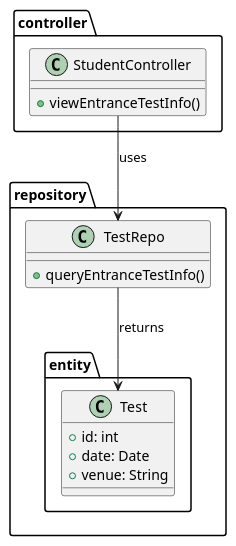
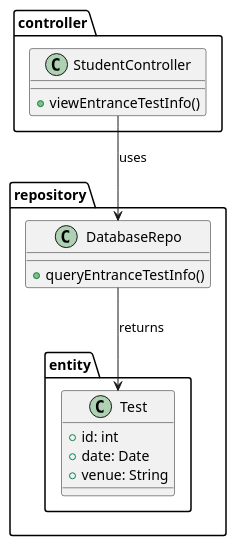
The diagram in SWD392/class_diagrams/21_view_entrance_test.puml (iamSlightlyWind/Legacy), drawn with PlantUML before and after one commit. The commit also changed 34 other files, not shown here.

Commit message:
SWD392: Class Diagrams: Fixed Code Package missmatch

```diff
--- a/SWD392/class_diagrams/21_view_entrance_test.puml
+++ b/SWD392/class_diagrams/21_view_entrance_test.puml
@@ -1,23 +1,23 @@
 @startuml
 package controller {
     class StudentController {
         +viewEntranceTestInfo()
     }
 }
 
 package repository {
-    class TestRepo {
+    class DatabaseRepo {
         +queryEntranceTestInfo()
     }
 
 package entity {
     class Test {
         +id: int
         +date: Date
         +venue: String
     }
 }
 
-StudentController --> TestRepo : uses
-TestRepo --> Test : returns
+StudentController --> DatabaseRepo : uses
+DatabaseRepo --> Test : returns
 @enduml
```
